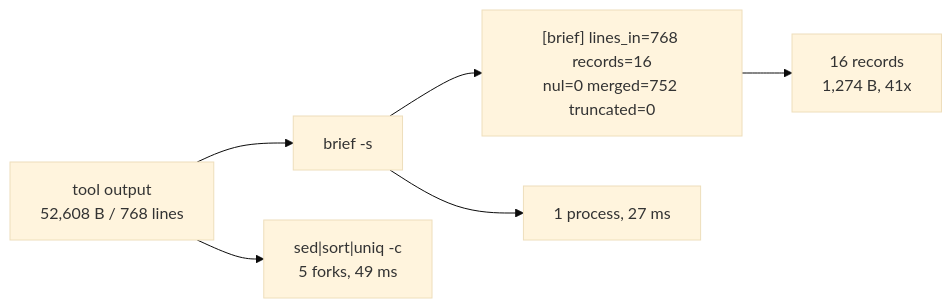
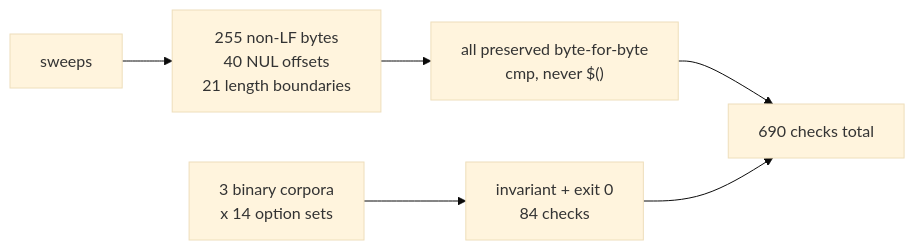
The diagram in docs/instructions/brief-a-generic-record-reducing-filter-that-never-edits-a-line.md (rob-c/busybox-static), drawn with Mermaid (base theme) before and after one commit. The commit also changed other lines of this file and 4 other files, not shown here.

````diff
--- a/docs/instructions/brief-a-generic-record-reducing-filter-that-never-edits-a-line.md
+++ b/docs/instructions/brief-a-generic-record-reducing-filter-that-never-edits-a-line.md
@@ -11,8 +11,8 @@
 ```mermaid
 flowchart LR
-  A["tool output<br/>52,608 B / 768 lines"] --> B["brief -s"]
-  B --> C["[brief] lines_in=768 records=16<br/>nul=0 merged=752 truncated=0"]
-  C --> D["16 records<br/>1,274 B, 41x"]
-  A --> E["sed|sort|uniq -c<br/>5 forks, 49 ms"]
-  B --> F["1 process, 27 ms"]
+  A["sweeps"] --> B["255 non-LF bytes<br/>40 NUL offsets<br/>21 length boundaries"]
+  B --> C["all preserved byte-for-byte<br/>cmp, never $()"]
+  D["3 binary corpora<br/>x 14 option sets"] --> E["invariant + exit 0<br/>84 checks"]
+  C --> F["690 checks total"]
+  E --> F
 ```
````
